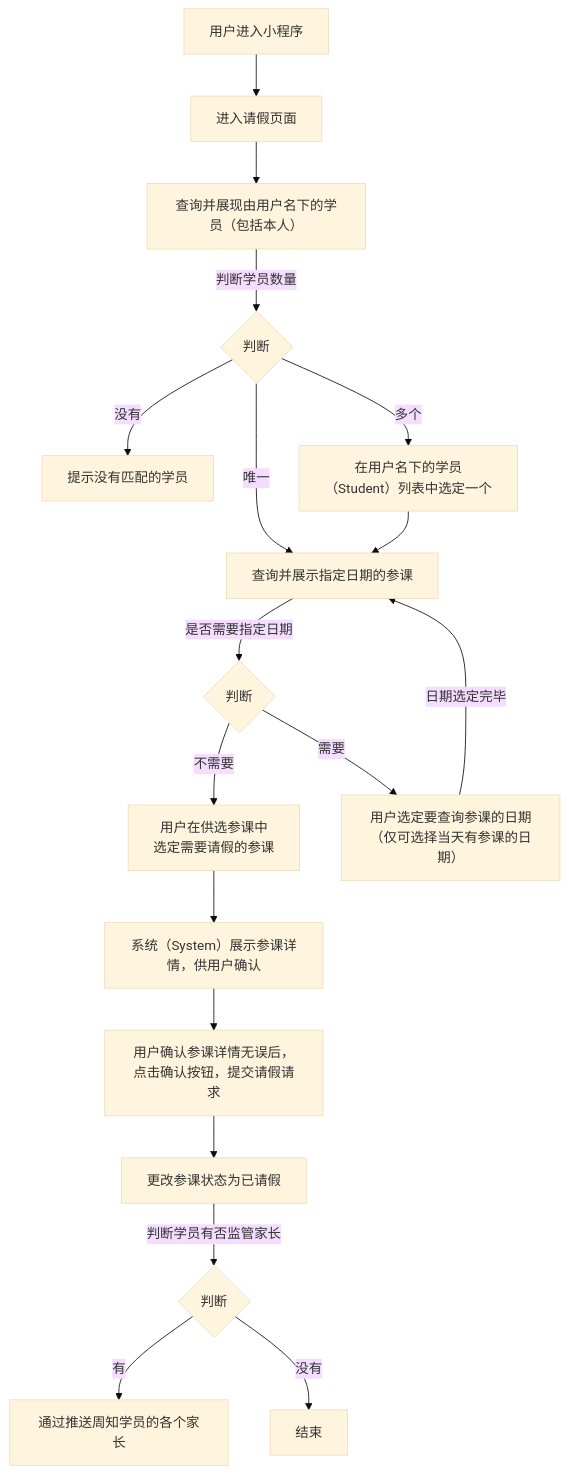
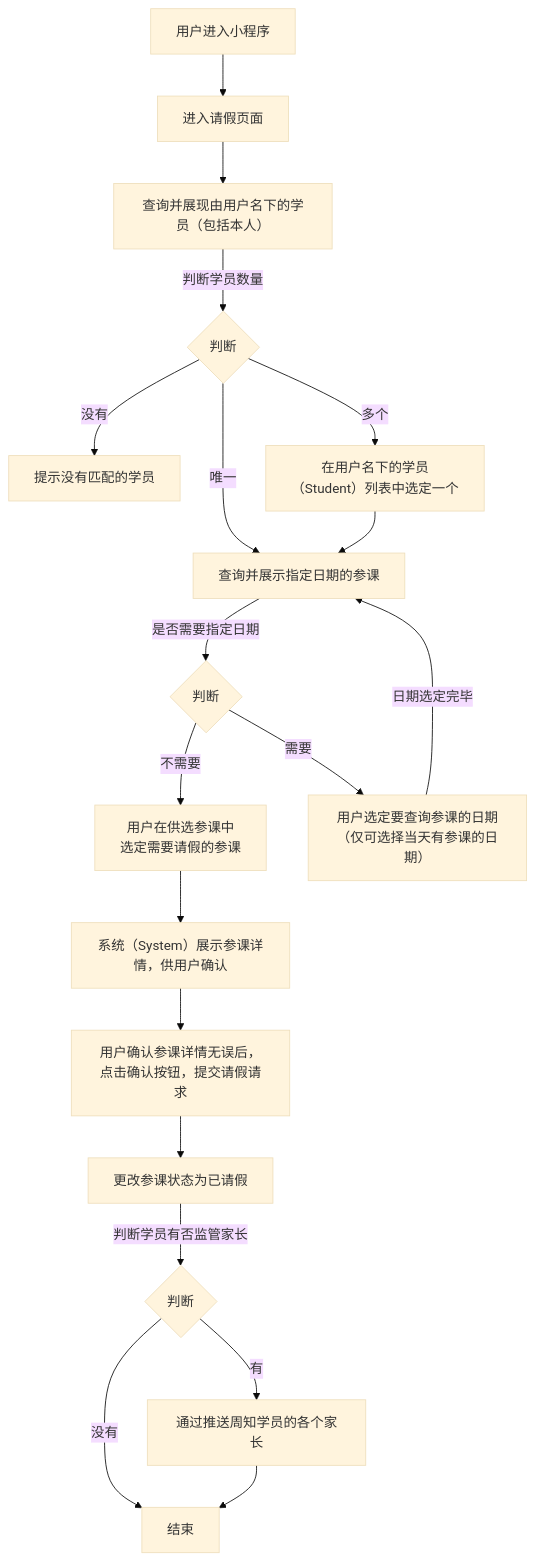
The diagram in 用例/请假.md (world-wide-web/sign), drawn with Mermaid (base theme) before and after one commit. The commit also changed other lines of this file, not shown here.

Commit message:
用例/请假.md updated from https://stackedit.io/

````diff
--- a/用例/请假.md
+++ b/用例/请假.md
@@ -7,58 +7,60 @@
 ```mermaid
 graph TD
 
 进入小程序-->进入请假页面
 
 进入请假页面-->查询并展现由用户名下的学员
 
 查询并展现由用户名下的学员--判断学员数量-->判断学员数量
 
 判断学员数量--没有-->提示没有匹配的学员
 
 判断学员数量--唯一-->查询并展示指定日期的参课
 
 判断学员数量--多个-->选定学员
 
 选定学员-->查询并展示指定日期的参课
 
 查询并展示指定日期的参课--是否需要指定日期-->决定是否需要指定日期
 
 决定是否需要指定日期--不需要-->选定参课
 
 决定是否需要指定日期--需要-->选定日期
 
 选定日期--日期选定完毕-->查询并展示指定日期的参课
 
 选定参课-->展示参课详情
 
 展示参课详情-->提交请假请求
 
 提交请假请求-->更改参课状态为已请假
 
 更改参课状态为已请假--判断学员有否监管家长-->判断学员有否监管家长
 
 判断学员有否监管家长--有-->通过推送周知学员的各个家长
 
 判断学员有否监管家长--没有-->结束
 
+通过推送周知学员的各个家长-->结束
+
 进入小程序["<center>用户进入小程序</center>"]
 
 查询并展现由用户名下的学员["<center>查询并展现由用户名下的学员（包括本人）</center>"]
 
 判断学员数量{"<center>判断</center>"}
 
 选定学员["<center>在用户名下的学员（Student）列表中选定一个</center>"]
 
 决定是否需要指定日期{"<center>判断</center>"}
 
 选定日期["<center>用户选定要查询参课的日期<br>（仅可选择当天有参课的日期）</center>"]
 
 选定参课["<center>用户在供选参课中<br>选定需要请假的参课</center>"]
 
 展示参课详情["<center>系统（System）展示参课详情，供用户确认</center>"]
 
 提交请假请求["<center>用户确认参课详情无误后，点击确认按钮，提交请假请求</center>"]
 
 判断学员有否监管家长{判断}
 
 ```
````
